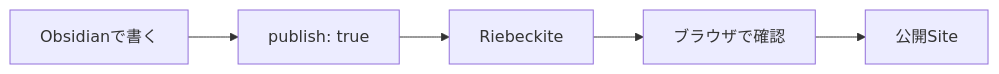
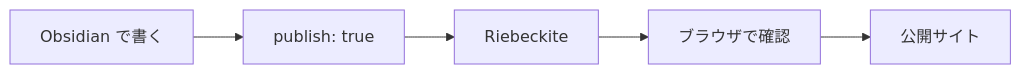
One commit to Rerurate514/riebeckite changed the first of 7 diagrams in docs/docs/guides/obsidian.ja.md. Above: the diagram before and after it, drawn with Mermaid. The commit also changed other lines of this file and 310 other files, not shown here.

````diff
--- a/docs/docs/guides/obsidian.ja.md
+++ b/docs/docs/guides/obsidian.ja.md
@@ -13,13 +13,13 @@
 ```mermaid id="4iixgb"
 flowchart LR
-    Obsidian["Obsidianで書く"]
+    Obsidian["Obsidian で書く"]
     Publish["publish: true"]
     Riebeckite["Riebeckite"]
     Preview["ブラウザで確認"]
-    Site["公開Site"]
+    Site["公開サイト"]
 
     Obsidian --> Publish
     Publish --> Riebeckite
     Riebeckite --> Preview
     Preview --> Site
 ```
````
